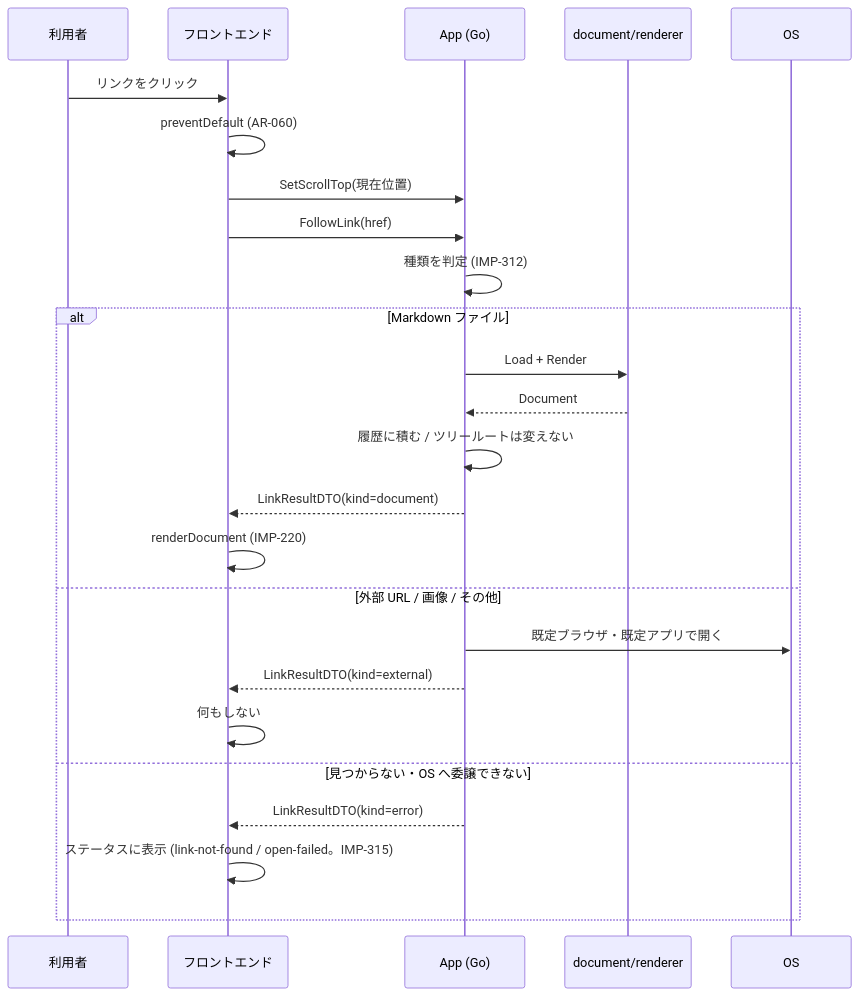
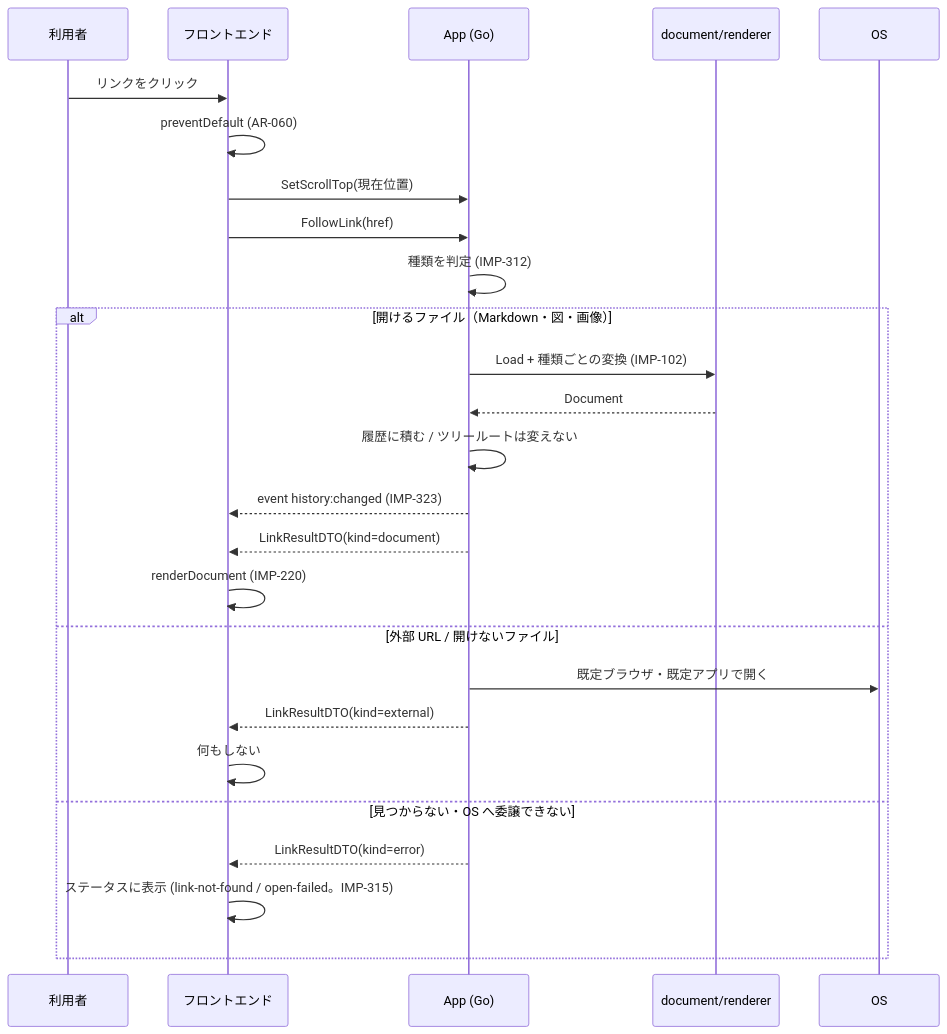
The second of 4 diagrams in docs/specs/13-impl-interface.md (kznagamori/go_MarkView), drawn with Mermaid before and after one commit. The commit also changed other lines of this file and 11 other files, not shown here.

````diff
--- a/docs/specs/13-impl-interface.md
+++ b/docs/specs/13-impl-interface.md
@@ -490,28 +612,29 @@
 ```mermaid
 sequenceDiagram
     participant U as 利用者
     participant FE as フロントエンド
     participant APP as App (Go)
     participant DOC as document/renderer
     participant OS as OS
 
     U->>FE: リンクをクリック
     FE->>FE: preventDefault (AR-060)
     FE->>APP: SetScrollTop(現在位置)
     FE->>APP: FollowLink(href)
     APP->>APP: 種類を判定 (IMP-312)
-    alt Markdown ファイル
-        APP->>DOC: Load + Render
+    alt 開けるファイル（Markdown・図・画像）
+        APP->>DOC: Load + 種類ごとの変換 (IMP-102)
         DOC-->>APP: Document
         APP->>APP: 履歴に積む / ツリールートは変えない
+        APP-->>FE: event history:changed (IMP-323)
         APP-->>FE: LinkResultDTO(kind=document)
         FE->>FE: renderDocument (IMP-220)
-    else 外部 URL / 画像 / その他
+    else 外部 URL / 開けないファイル
         APP->>OS: 既定ブラウザ・既定アプリで開く
         APP-->>FE: LinkResultDTO(kind=external)
         FE->>FE: 何もしない
     else 見つからない・OS へ委譲できない
         APP-->>FE: LinkResultDTO(kind=error)
         FE->>FE: ステータスに表示 (link-not-found / open-failed。IMP-315)
     end
 ```
````
